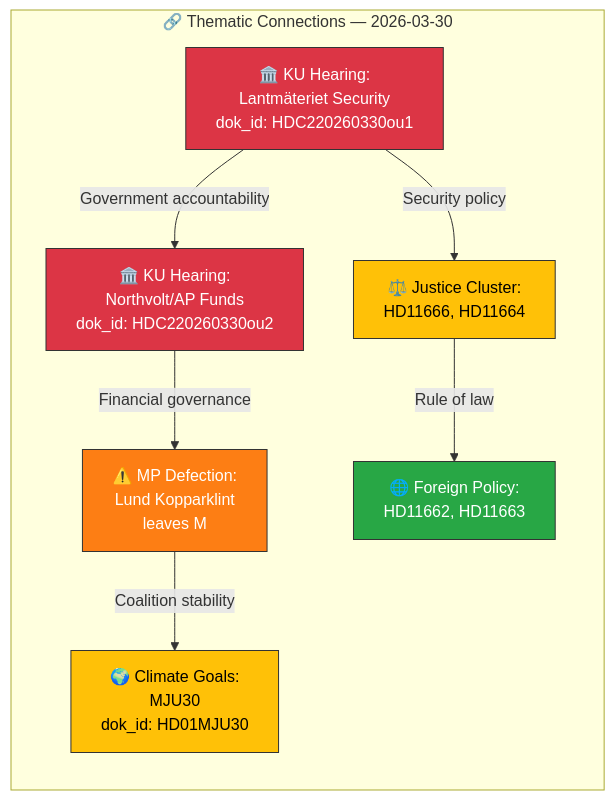
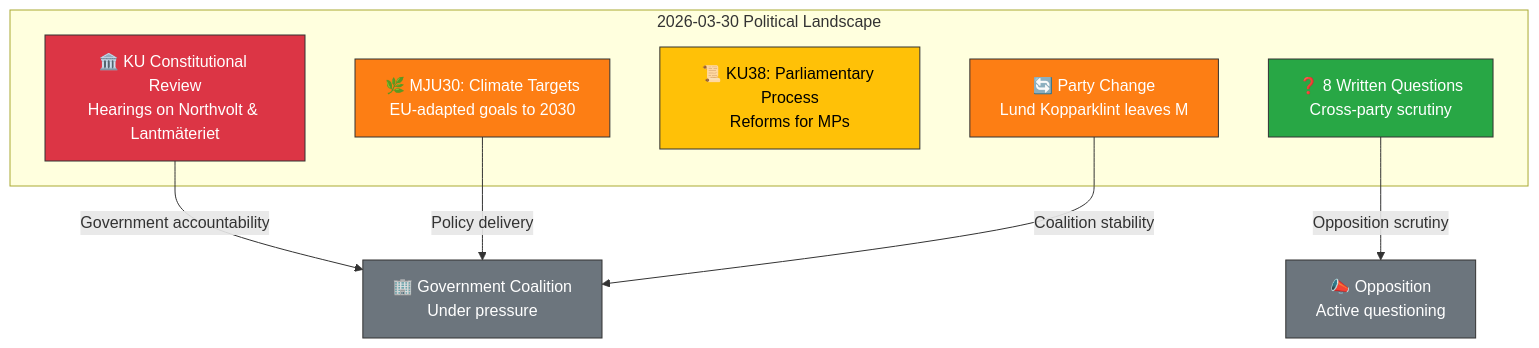
One commit to Hack23/riksdagsmonitor changed the diagram in analysis/daily/2026-03-30/synthesis-summary.md. Above: the diagram before and after it, drawn with Mermaid. The commit also changed other lines of this file and 37 other files, not shown here.

First line of the commit message:
📊 Enhanced analysis: KU hearings on Northvolt & Lantmäteriet security - 2026-03-30

````diff
--- a/analysis/daily/2026-03-30/synthesis-summary.md
+++ b/analysis/daily/2026-03-30/synthesis-summary.md
@@ -69,24 +21,23 @@
 ```mermaid
-graph LR
-    subgraph "🔗 Thematic Connections — 2026-03-30"
-        KU1["🏛️ KU Hearing:<br/>Lantmäteriet Security<br/>dok_id: HDC220260330ou1"]
-        KU2["🏛️ KU Hearing:<br/>Northvolt/AP Funds<br/>dok_id: HDC220260330ou2"]
-        DEFECT["⚠️ MP Defection:<br/>Lund Kopparklint<br/>leaves M"]
-        CLIMATE["🌍 Climate Goals:<br/>MJU30<br/>dok_id: HD01MJU30"]
-        JUSTICE["⚖️ Justice Cluster:<br/>HD11666, HD11664"]
-        FOREIGN["🌐 Foreign Policy:<br/>HD11662, HD11663"]
-
-        KU1 -->|"Government accountability"| KU2
-        KU1 -->|"Security policy"| JUSTICE
-        KU2 -->|"Financial governance"| DEFECT
-        DEFECT -->|"Coalition stability"| CLIMATE
-        JUSTICE -->|"Rule of law"| FOREIGN
+graph TB
+    subgraph "2026-03-30 Political Landscape"
+        KU["🏛️ KU Constitutional Review<br/>Hearings on Northvolt & Lantmäteriet"]
+        MJU["🌿 MJU30: Climate Targets<br/>EU-adapted goals to 2030"]
+        KU38["📜 KU38: Parliamentary Process<br/>Reforms for MPs"]
+        FR["❓ 8 Written Questions<br/>Cross-party scrutiny"]
+        PARTY["🔄 Party Change<br/>Lund Kopparklint leaves M"]
     end
-
-    style KU1 fill:#dc3545,stroke:#333,color:#fff
-    style KU2 fill:#dc3545,stroke:#333,color:#fff
-    style DEFECT fill:#fd7e14,stroke:#333,color:#fff
-    style CLIMATE fill:#ffc107,stroke:#333,color:#000
-    style JUSTICE fill:#ffc107,stroke:#333,color:#000
-    style FOREIGN fill:#28a745,stroke:#333,color:#fff
+    
+    KU -->|"Government accountability"| GOV["🏢 Government Coalition<br/>Under pressure"]
+    MJU -->|"Policy delivery"| GOV
+    FR -->|"Opposition scrutiny"| OPP["📣 Opposition<br/>Active questioning"]
+    PARTY -->|"Coalition stability"| GOV
+    
+    style KU fill:#dc3545,stroke:#333,color:#fff
+    style MJU fill:#fd7e14,stroke:#333,color:#fff
+    style KU38 fill:#ffc107,stroke:#333,color:#000
+    style FR fill:#28a745,stroke:#333,color:#fff
+    style PARTY fill:#fd7e14,stroke:#333,color:#fff
+    style GOV fill:#6c757d,stroke:#333,color:#fff
+    style OPP fill:#6c757d,stroke:#333,color:#fff
 ```
````
